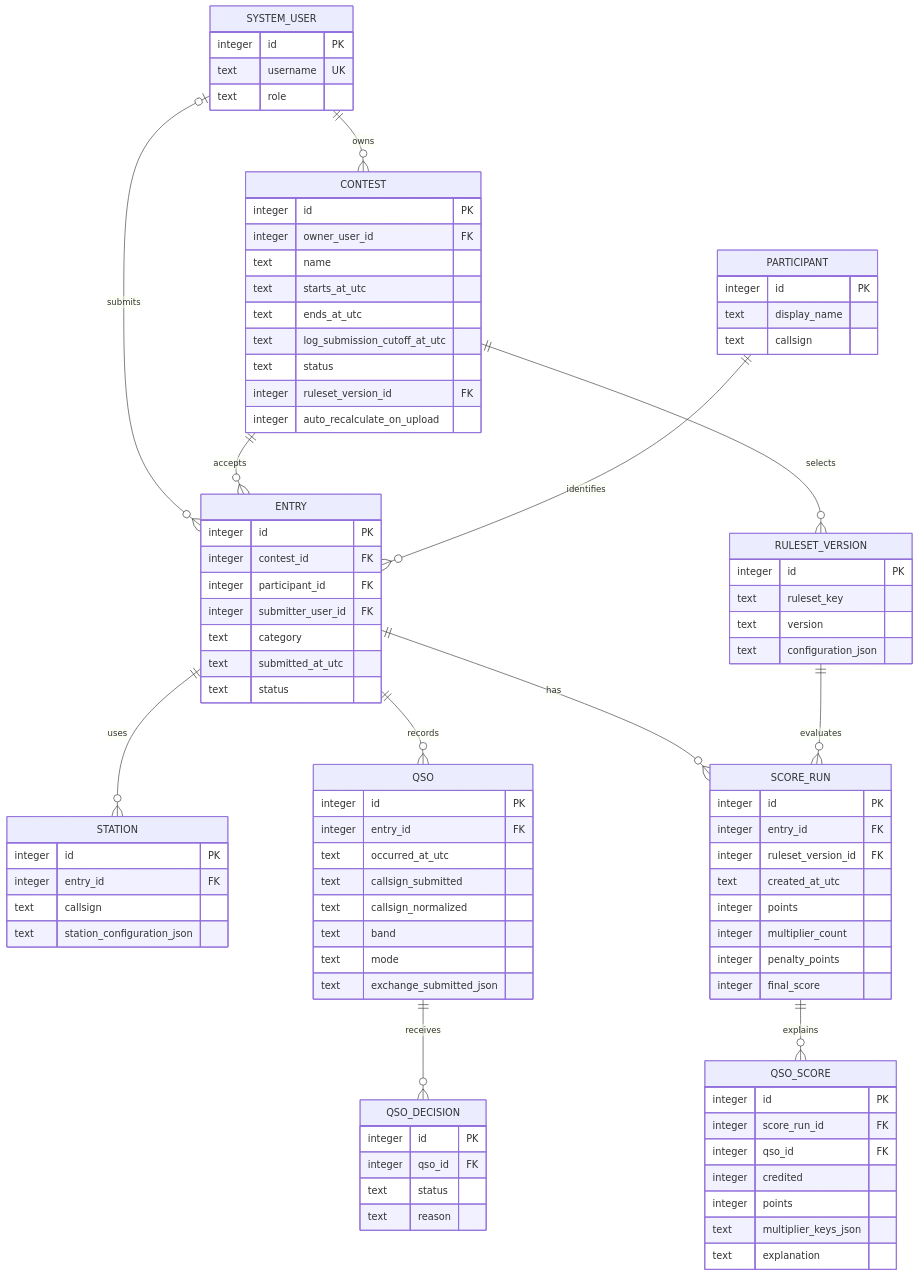
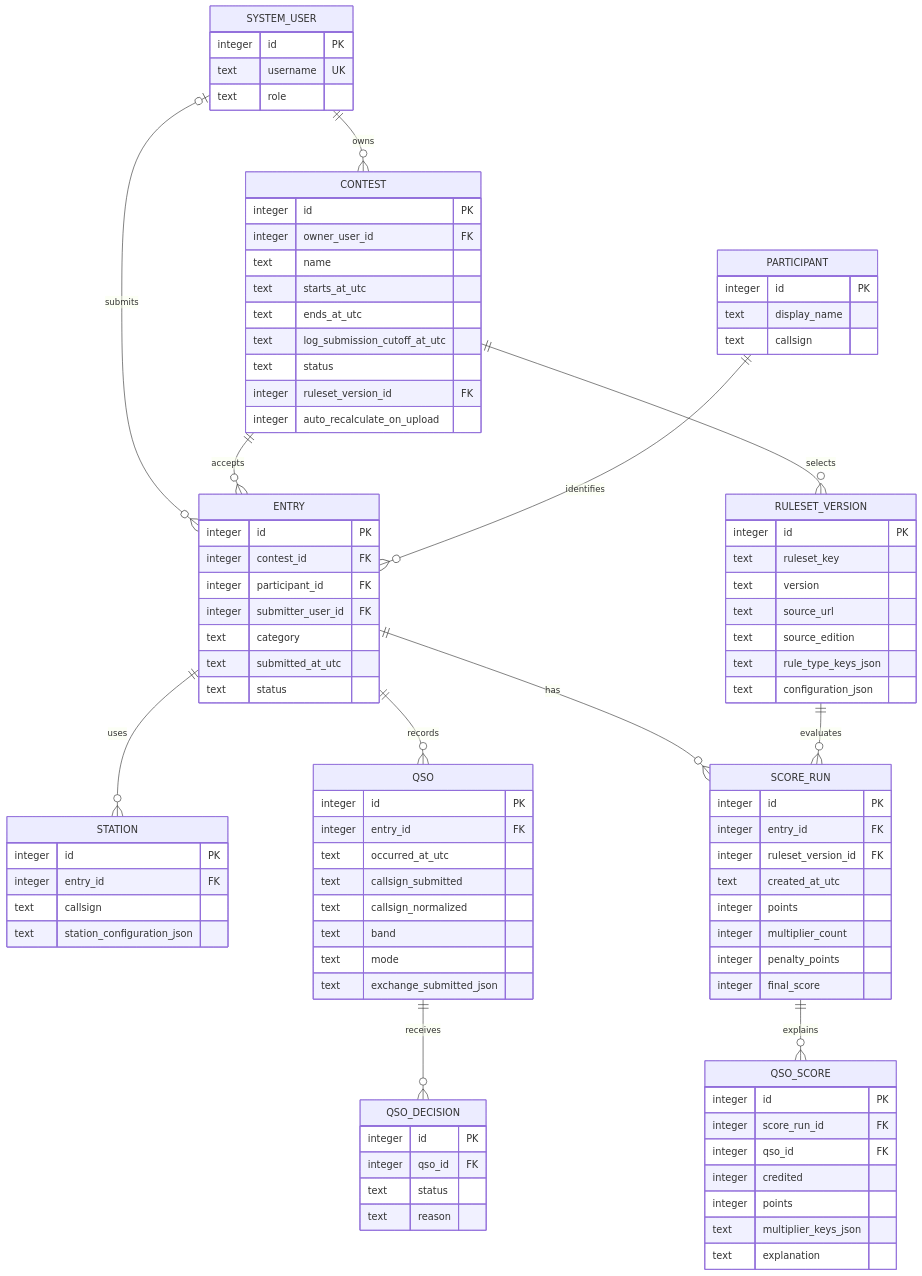
The second of 3 diagrams in documentation/README.md (ea7klk/contestmaster), drawn with Mermaid before and after one commit. The commit also changed other lines of this file and 2 other files, not shown here.

Commit message:
Adopt initial reusable rule catalog

```diff
--- a/documentation/README.md
+++ b/documentation/README.md
@@ -128,6 +146,9 @@
         integer id PK
         text ruleset_key
         text version
+        text source_url
+        text source_edition
+        text rule_type_keys_json
         text configuration_json
     }
     ENTRY {
```
